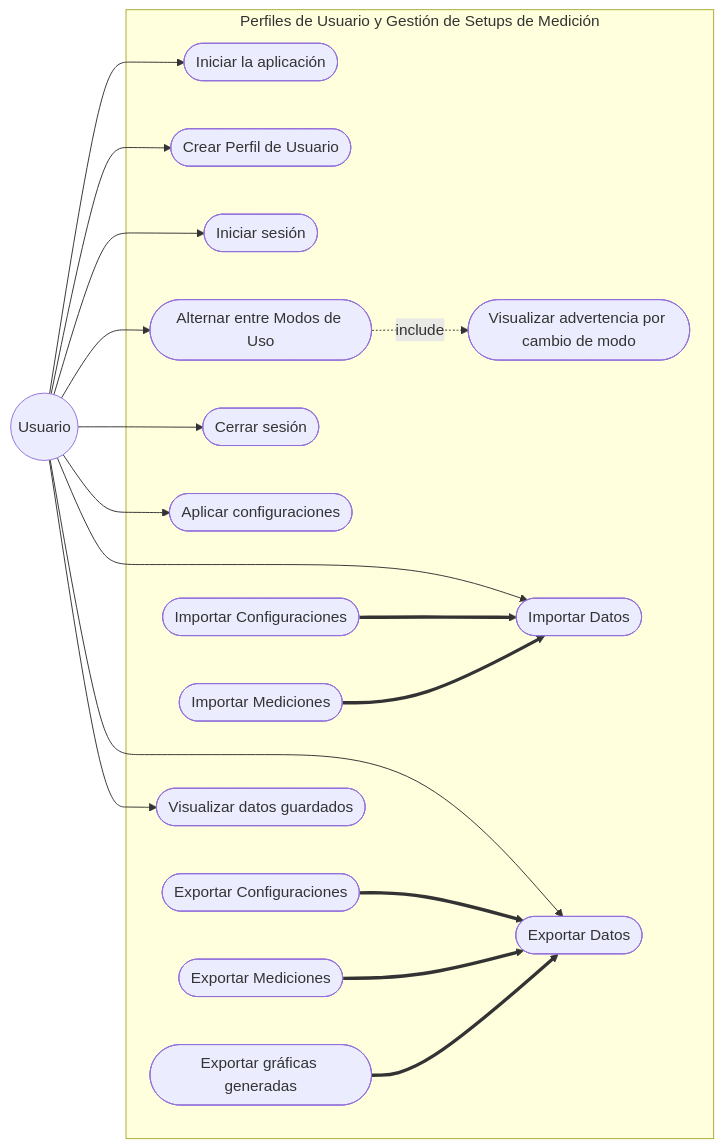
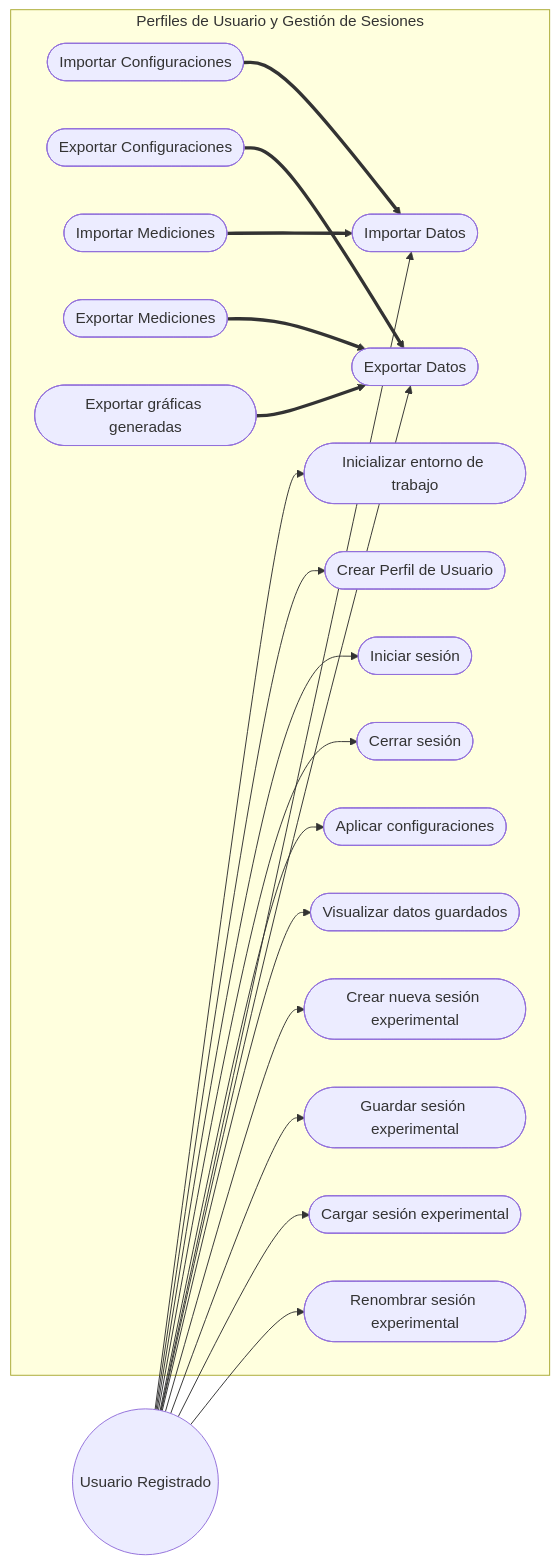
One commit to alegrelias/Repo-GMini changed the fourth of 7 diagrams in Gmini-MarkDown/Diagramas/Diagramas de CU.md. Above: the diagram before and after it, drawn with Mermaid. The commit also changed other lines of this file and 1 other file, not shown here.

Commit message:
Añadi un archivo con los diagramas de cus sin modificar y uno con los diagramas de cus modificados

````diff
--- a/Gmini-MarkDown/Diagramas/Diagramas de CU.md
+++ b/Gmini-MarkDown/Diagramas/Diagramas de CU.md
@@ -93,47 +111,46 @@
 ```mermaid
 flowchart LR
 %% Actores
-Usuario((Usuario))
+Usuario((Usuario Registrado))
 
-subgraph Perfiles de Usuario y Gestión de Setups de Medición
-	CU20([Iniciar la aplicación])
+subgraph Perfiles de Usuario y Gestión de Sesiones
+	CU20([Inicializar entorno de trabajo])
 	CU21([Crear Perfil de Usuario])
 	CU22([Iniciar sesión])
-	CU23([Alternar entre Modos de Uso])
 	CU24([Cerrar sesión])
-	CU25([Visualizar advertencia por cambio de modo])
 	CU26([Aplicar configuraciones])
 	CU27([Importar Datos])
 	CU28([Exportar Datos])
 	CU29([Importar Configuraciones])
 	CU30([Exportar Configuraciones])
 	CU31([Importar Mediciones])
 	CU32([Exportar Mediciones])
 	CU33([Visualizar datos guardados])
 	CU34([Exportar gráficas generadas])
+	CU_B7([Crear nueva sesión experimental])
+	CU_B8([Guardar sesión experimental])
+	CU_B9([Cargar sesión experimental])
+	CU_B10([Renombrar sesión experimental])
 end
 
 %% Asociaciones
 Usuario --> CU20
 Usuario --> CU21
 Usuario --> CU22
-Usuario --> CU23
 Usuario --> CU24
 Usuario --> CU26
 Usuario --> CU27
 Usuario --> CU28
 Usuario --> CU33
-
-%% Relaciones Include/Extend
-
-CU23 -.include.-> CU25
+Usuario --> CU_B7
+Usuario --> CU_B8
+Usuario --> CU_B9
+Usuario --> CU_B10
 
 %% generalización
-
 CU29 ==> CU27
 CU31 ==> CU27
-
 CU30 ==> CU28
 CU32 ==> CU28
 CU34 ==> CU28
 ```
````
